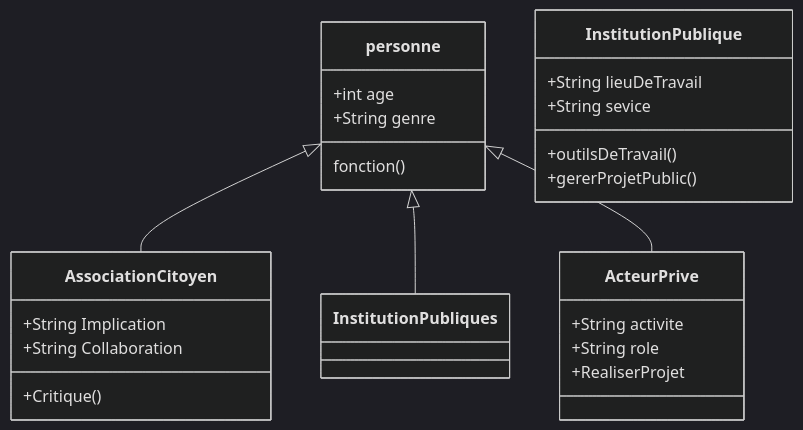
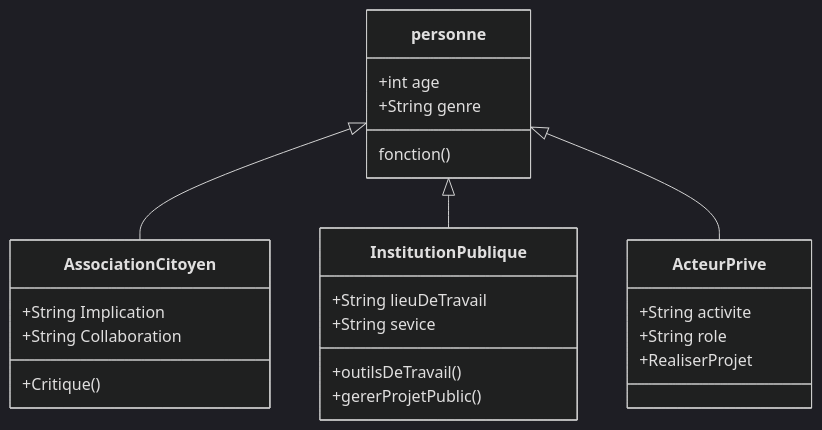
The diagram in acteurskahiarchi.md (kahiarchi/plaine---saint--Denis---batiment-), drawn with Mermaid (dark theme) before and after one commit.

````diff
--- a/acteurskahiarchi.md
+++ b/acteurskahiarchi.md
@@ -1,27 +1,27 @@
 ```mermaid
 classDiagram
     personne <|-- AssociationCitoyen
-    personne <|-- InstitutionPubliques
+    personne <|-- InstitutionPublique
     personne <|-- ActeurPrive
 
     personne : +int age
     personne : +String genre
     personne : fonction()
 
   class AssociationCitoyen {
      +String Implication 
      +String Collaboration
      +Critique ()
     }
     class InstitutionPublique{
           +String lieuDeTravail
           +String sevice
           +outilsDeTravail()
           +gererProjetPublic()
     }
     class ActeurPrive{
       +String activite
       +String role
       +RealiserProjet
      }
 ```
````
